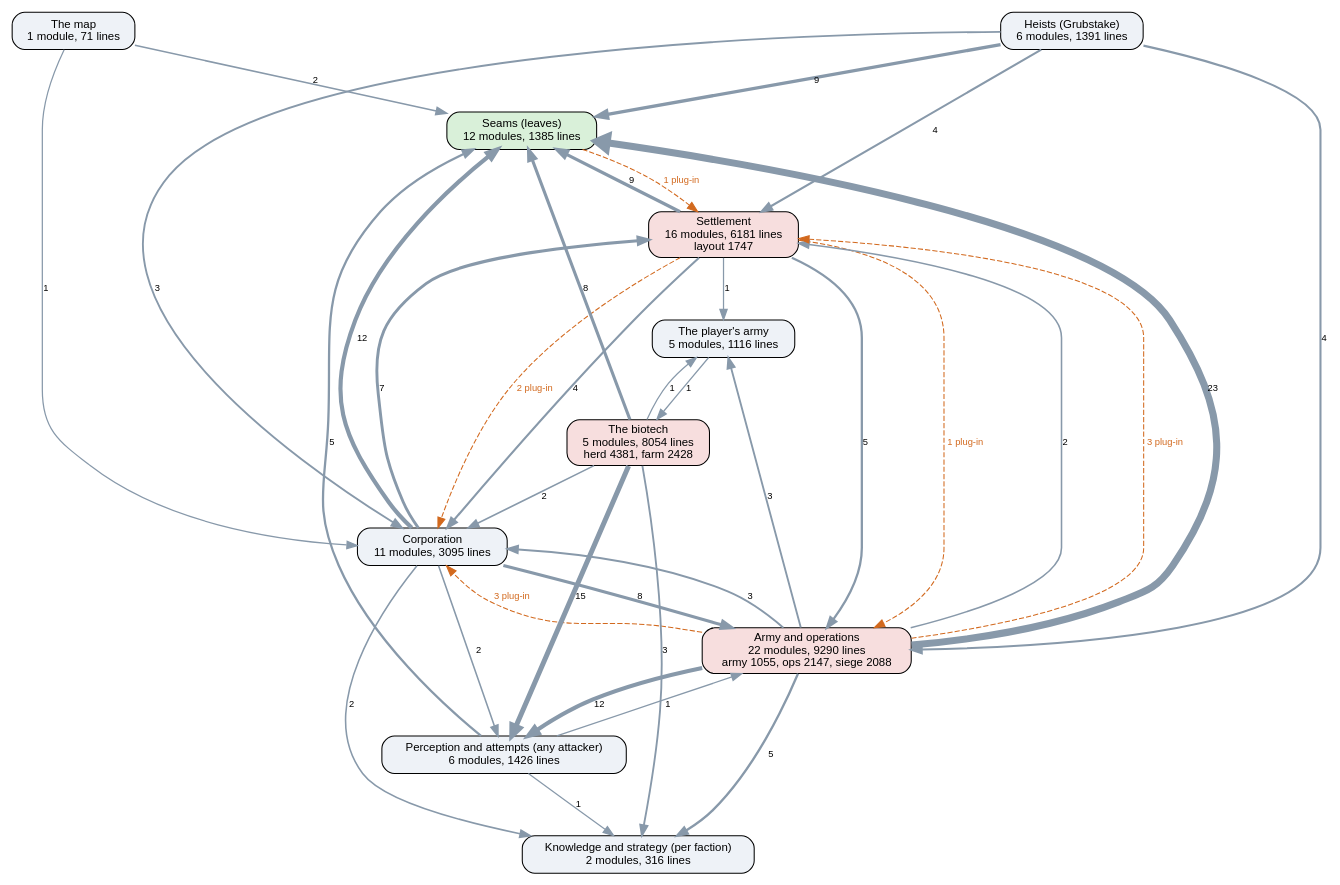
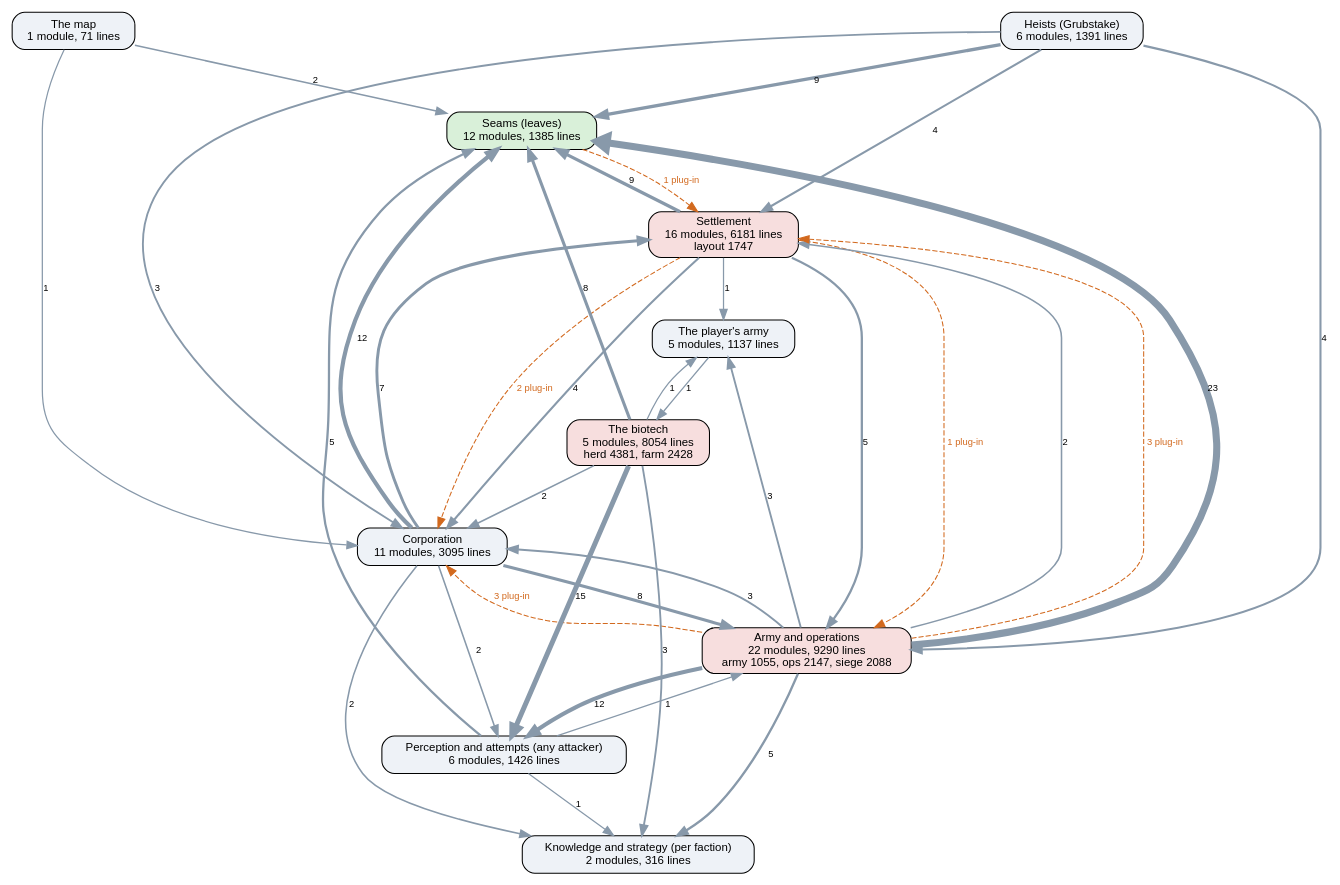
Before and after one commit to kinelhu/landing-party: the diagram in docs/ai-layers.dot, drawn with Graphviz. The commit also changed 15 other files, not shown here.

```diff
--- a/docs/ai-layers.dot
+++ b/docs/ai-layers.dot
@@ -1,50 +1,50 @@
 digraph layers {
   graph [rankdir=TB, fontname="Helvetica", nodesep=0.5, ranksep=0.7];
   node [shape=box, style="rounded,filled", fontname="Helvetica", fontsize=11, fillcolor="#eef2f7"];
   edge [color="#8899aa", fontname="Helvetica", fontsize=9];
   "Seams (leaves)" [label="Seams (leaves)\n12 modules, 1385 lines", fillcolor="#d9f0d9"];
   "Perception and attempts (any attacker)" [label="Perception and attempts (any attacker)\n6 modules, 1426 lines", fillcolor="#eef2f7"];
   "Knowledge and strategy (per faction)" [label="Knowledge and strategy (per faction)\n2 modules, 316 lines", fillcolor="#eef2f7"];
   "Corporation" [label="Corporation\n11 modules, 3095 lines", fillcolor="#eef2f7"];
   "Settlement" [label="Settlement\n16 modules, 6181 lines\nlayout 1747", fillcolor="#f7dede"];
   "Army and operations" [label="Army and operations\n22 modules, 9290 lines\narmy 1055, ops 2147, siege 2088", fillcolor="#f7dede"];
   "Heists (Grubstake)" [label="Heists (Grubstake)\n6 modules, 1391 lines", fillcolor="#eef2f7"];
   "The biotech" [label="The biotech\n5 modules, 8054 lines\nherd 4381, farm 2428", fillcolor="#f7dede"];
   "The map" [label="The map\n1 module, 71 lines", fillcolor="#eef2f7"];
-  "The player's army" [label="The player's army\n5 modules, 1116 lines", fillcolor="#eef2f7"];
+  "The player's army" [label="The player's army\n5 modules, 1137 lines", fillcolor="#eef2f7"];
   "Army and operations" -> "Corporation" [label="3", penwidth=1.8];
   "Army and operations" -> "Knowledge and strategy (per faction)" [label="5", penwidth=2.2];
   "Army and operations" -> "Perception and attempts (any attacker)" [label="12", penwidth=4.0];
   "Army and operations" -> "Seams (leaves)" [label="23", penwidth=6.8];
   "Army and operations" -> "Settlement" [label="2", penwidth=1.5];
   "Army and operations" -> "The player's army" [label="3", penwidth=1.8];
   "Corporation" -> "Army and operations" [label="8", penwidth=3.0];
   "Corporation" -> "Knowledge and strategy (per faction)" [label="2", penwidth=1.5];
   "Corporation" -> "Perception and attempts (any attacker)" [label="2", penwidth=1.5];
   "Corporation" -> "Seams (leaves)" [label="12", penwidth=4.0];
   "Corporation" -> "Settlement" [label="7", penwidth=2.8];
   "Heists (Grubstake)" -> "Army and operations" [label="4", penwidth=2.0];
   "Heists (Grubstake)" -> "Corporation" [label="3", penwidth=1.8];
   "Heists (Grubstake)" -> "Seams (leaves)" [label="9", penwidth=3.2];
   "Heists (Grubstake)" -> "Settlement" [label="4", penwidth=2.0];
   "Perception and attempts (any attacker)" -> "Army and operations" [label="1", penwidth=1.2];
   "Perception and attempts (any attacker)" -> "Knowledge and strategy (per faction)" [label="1", penwidth=1.2];
   "Perception and attempts (any attacker)" -> "Seams (leaves)" [label="5", penwidth=2.2];
   "Settlement" -> "Army and operations" [label="5", penwidth=2.2];
   "Settlement" -> "Corporation" [label="4", penwidth=2.0];
   "Settlement" -> "Seams (leaves)" [label="9", penwidth=3.2];
   "Settlement" -> "The player's army" [label="1", penwidth=1.2];
   "The biotech" -> "Corporation" [label="2", penwidth=1.5];
   "The biotech" -> "Knowledge and strategy (per faction)" [label="3", penwidth=1.8];
   "The biotech" -> "Perception and attempts (any attacker)" [label="15", penwidth=4.8];
   "The biotech" -> "Seams (leaves)" [label="8", penwidth=3.0];
   "The biotech" -> "The player's army" [label="1", penwidth=1.2];
   "The map" -> "Corporation" [label="1", penwidth=1.2];
   "The map" -> "Seams (leaves)" [label="2", penwidth=1.5];
   "The player's army" -> "The biotech" [label="1", penwidth=1.2];
   "Army and operations" -> "Corporation" [style=dashed, color="#d2691e", fontcolor="#d2691e", label="3 plug-in"];
   "Army and operations" -> "Settlement" [style=dashed, color="#d2691e", fontcolor="#d2691e", label="3 plug-in"];
   "Seams (leaves)" -> "Settlement" [style=dashed, color="#d2691e", fontcolor="#d2691e", label="1 plug-in"];
   "Settlement" -> "Army and operations" [style=dashed, color="#d2691e", fontcolor="#d2691e", label="1 plug-in"];
   "Settlement" -> "Corporation" [style=dashed, color="#d2691e", fontcolor="#d2691e", label="2 plug-in"];
 }
```
